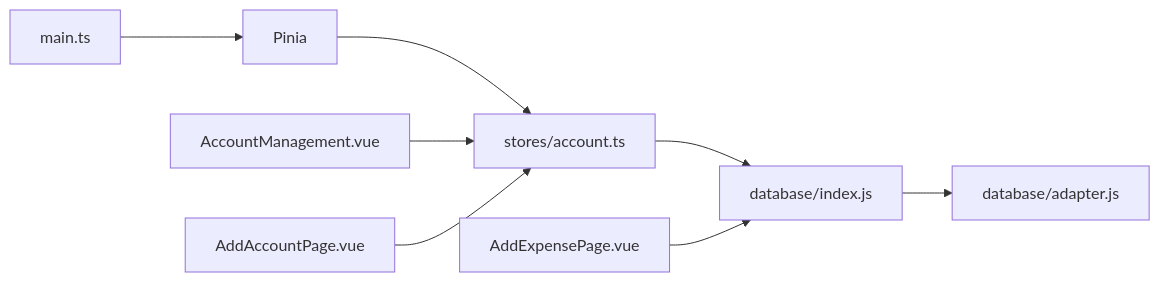
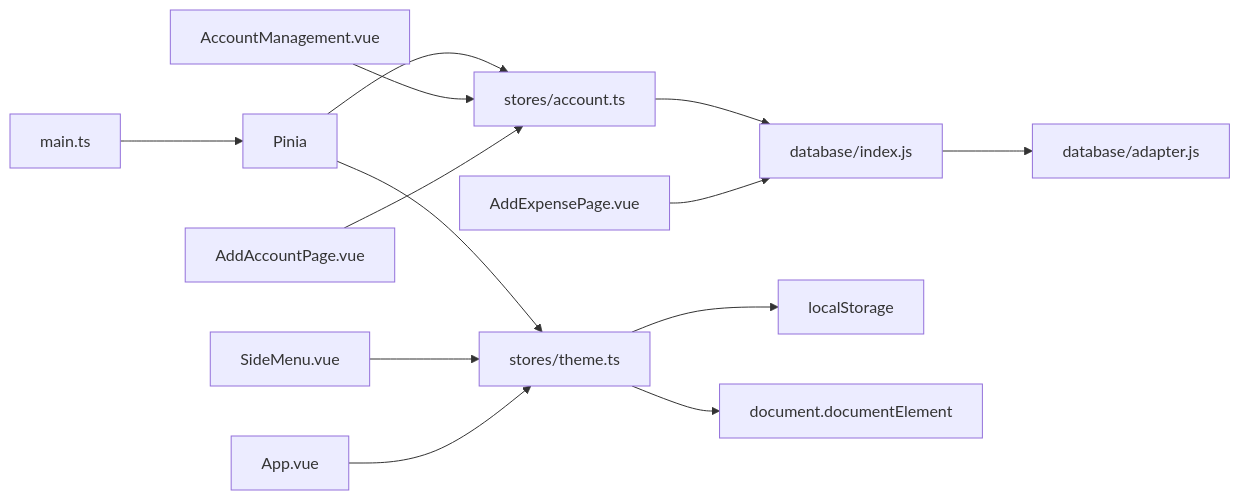
Before and after one commit to xiao-lin-unit/yuan: the eighth of 8 diagrams in .qoder/repowiki/zh/content/状态管理.md, drawn with Mermaid. The commit also changed other lines of this file and 7 other files, not shown here.

````diff
--- a/.qoder/repowiki/zh/content/状态管理.md
+++ b/.qoder/repowiki/zh/content/状态管理.md
@@ -249,10 +368,15 @@
 ```mermaid
 graph LR
 MAIN["main.ts"] --> PINIA["Pinia"]
 PINIA --> STORE_ACCOUNT["stores/account.ts"]
+PINIA --> STORE_THEME["stores/theme.ts"]
 STORE_ACCOUNT --> DB["database/index.js"]
 DB --> DB_ADAPTER["database/adapter.js"]
+STORE_THEME --> LOCALSTORAGE["localStorage"]
+STORE_THEME --> DOCUMENT["document.documentElement"]
 PAGE_ACCOUNT["AccountManagement.vue"] --> STORE_ACCOUNT
 PAGE_ADD_ACCOUNT["AddAccountPage.vue"] --> STORE_ACCOUNT
 PAGE_EXPENSE["AddExpensePage.vue"] --> DB
+SIDE_MENU["SideMenu.vue"] --> STORE_THEME
+APP["App.vue"] --> STORE_THEME
 ```
````
